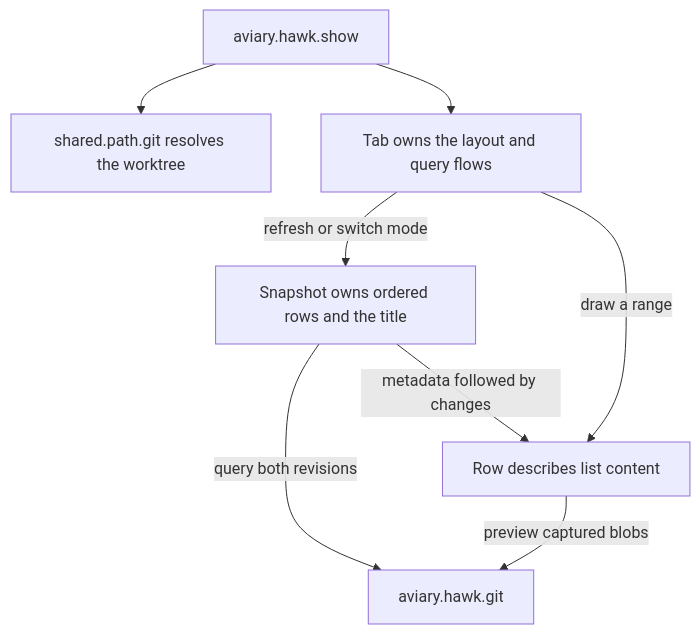
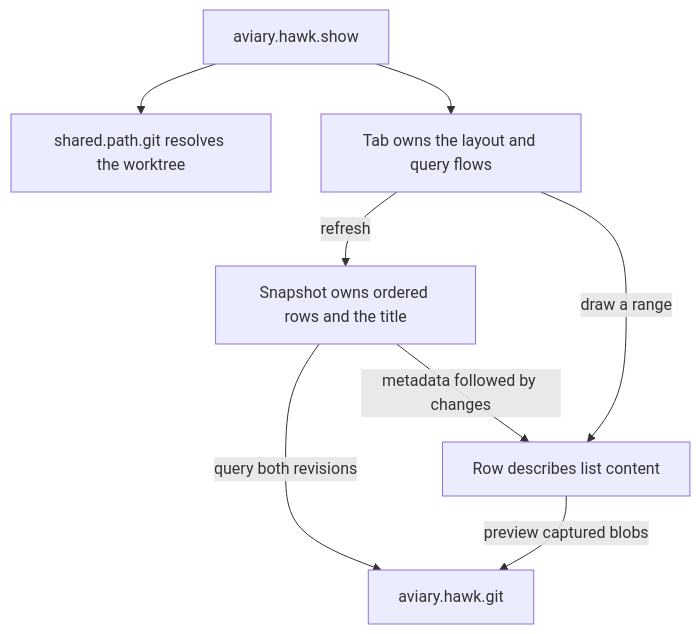
Before and after one commit to ZachVec/aviary.nvim: the diagram in docs/hawk/architecture.md, drawn with Mermaid. The commit also changed other lines of this file and 19 other files, not shown here.

````diff
--- a/docs/hawk/architecture.md
+++ b/docs/hawk/architecture.md
@@ -3,10 +3,10 @@
 ```mermaid
 flowchart TD
   Hawk["aviary.hawk.show"] --> Path["shared.path.git resolves the worktree"]
   Hawk --> Tab["Tab owns the layout and query flows"]
-  Tab --> |"refresh or switch mode"| Snapshot["Snapshot owns ordered rows and the title"]
+  Tab --> |refresh| Snapshot["Snapshot owns ordered rows and the title"]
   Snapshot --> |"query both revisions"| Git["aviary.hawk.git"]
   Snapshot --> |"metadata followed by changes"| Row["Row describes list content"]
   Tab --> |"draw a range"| Row
   Row --> |"preview captured blobs"| Git
 ```
````
